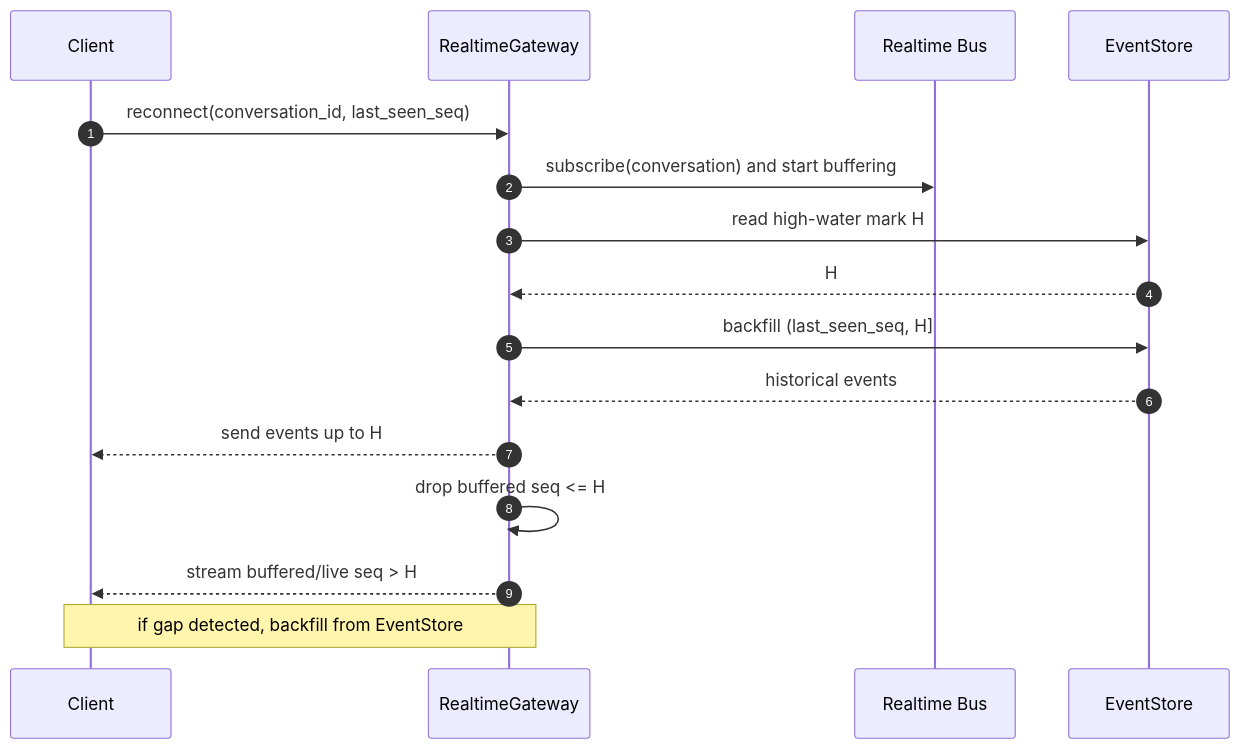
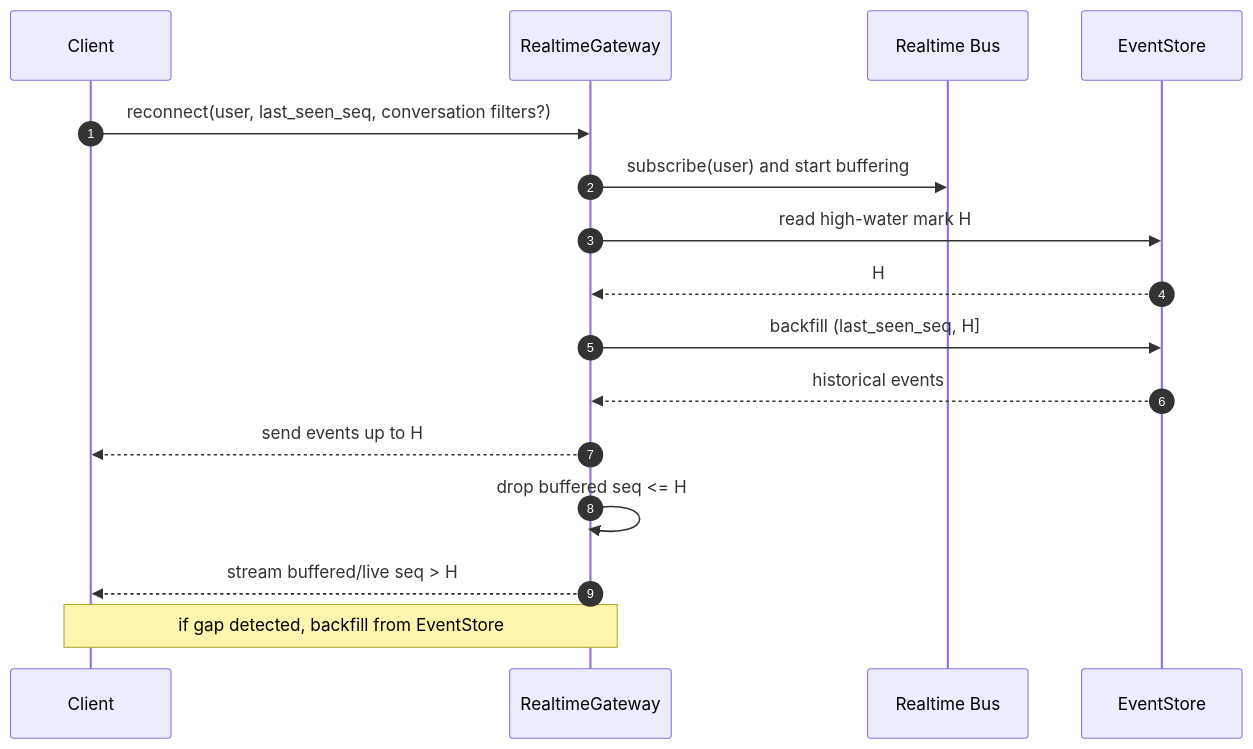
Before and after one commit to erweixin/langshift.dev: the diagram in docs/realtime.md, drawn with Mermaid. The commit also changed other lines of this file and 14 other files, not shown here.

````diff
--- a/docs/realtime.md
+++ b/docs/realtime.md
@@ -35,19 +36,19 @@
 ```mermaid
 sequenceDiagram
   autonumber
   participant C as Client
   participant RG as RealtimeGateway
   participant Bus as Realtime Bus
   participant DB as EventStore
 
-  C->>RG: reconnect(conversation_id, last_seen_seq)
-  RG->>Bus: subscribe(conversation) and start buffering
+  C->>RG: reconnect(user, last_seen_seq, conversation filters?)
+  RG->>Bus: subscribe(user) and start buffering
   RG->>DB: read high-water mark H
   DB-->>RG: H
   RG->>DB: backfill (last_seen_seq, H]
   DB-->>RG: historical events
   RG-->>C: send events up to H
   RG->>RG: drop buffered seq <= H
   RG-->>C: stream buffered/live seq > H
   note over RG,C: if gap detected, backfill from EventStore
 ```
````
